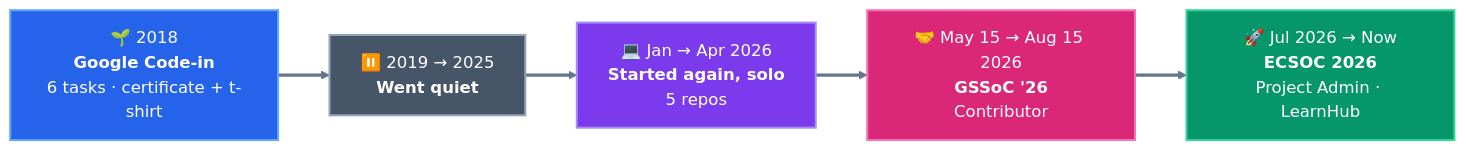
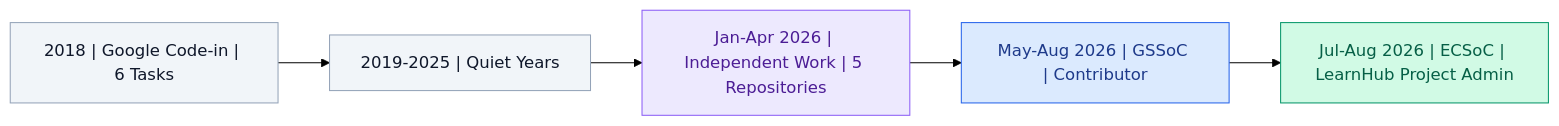
The first of 2 diagrams in README.md (udaycodespace/udaycodespace), drawn with Mermaid (forest theme) before and after one commit. The commit also changed other lines of this file, not shown here.

````diff
--- a/README.md
+++ b/README.md
@@ -109,28 +110,20 @@
 ```mermaid
 flowchart LR
+    A["2018 | Google Code-in | 6 Tasks"]
+    B["2019-2025 | Quiet Years"]
+    C["Jan-Apr 2026 | Independent Work | 5 Repositories"]
+    D["May-Aug 2026 | GSSoC | Contributor"]
+    E["Jul-Aug 2026 | ECSoC | LearnHub Project Admin"]
 
-    A["🌱 2018<br/><b>Google Code-in</b><br/>6 tasks · certificate + t-shirt"]
-    B["⏸️ 2019 → 2025<br/><b>Went quiet</b>"]
-    C["💻 Jan → Apr 2026<br/><b>Started again, solo</b><br/>5 repos"]
-    D["🤝 May 15 → Aug 15 2026<br/><b>GSSoC '26</b><br/>Contributor"]
-    E["🚀 Jul 2026 → Now<br/><b>ECSOC 2026</b><br/>Project Admin · LearnHub"]
+    A --> B --> C --> D --> E
 
-    A --> B
-    B --> C
-    C --> D
-    D --> E
+    classDef milestone fill:#F1F5F9,stroke:#94A3B8,color:#0F172A
+    classDef independent fill:#EDE9FE,stroke:#8B5CF6,color:#4C1D95
+    classDef community fill:#DBEAFE,stroke:#2563EB,color:#1E3A8A
+    classDef leadership fill:#D1FAE5,stroke:#059669,color:#065F46
 
-    classDef first fill:#2563EB,stroke:#60A5FA,color:#FFFFFF,stroke-width:2px
-    classDef pause fill:#475569,stroke:#94A3B8,color:#FFFFFF,stroke-width:2px
-    classDef self fill:#7C3AED,stroke:#A78BFA,color:#FFFFFF,stroke-width:2px
-    classDef gssoc fill:#DB2777,stroke:#F472B6,color:#FFFFFF,stroke-width:2px
-    classDef ecsoc fill:#059669,stroke:#34D399,color:#FFFFFF,stroke-width:2px
-
-    class A first
-    class B pause
-    class C self
-    class D gssoc
-    class E ecsoc
-
-    linkStyle default stroke:#64748B,stroke-width:3px
+    class A,B milestone
+    class C independent
+    class D community
+    class E leadership
 ```
````
